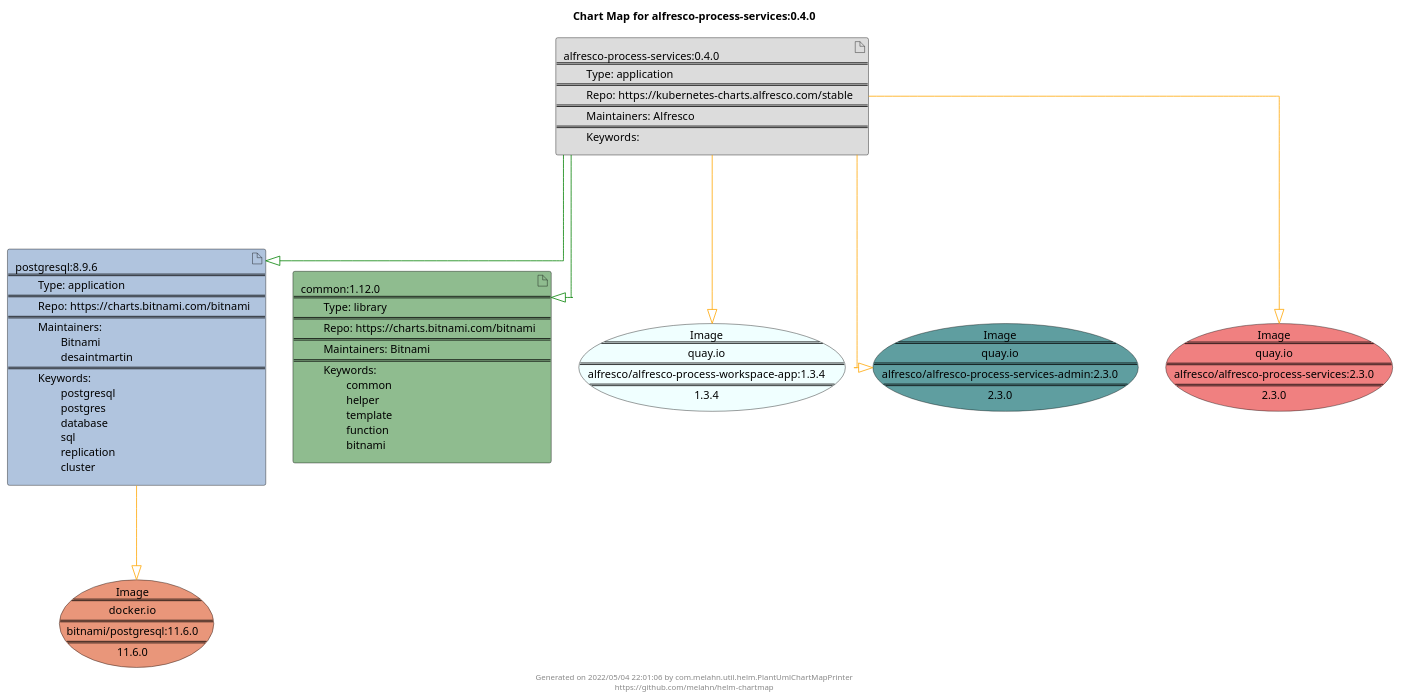
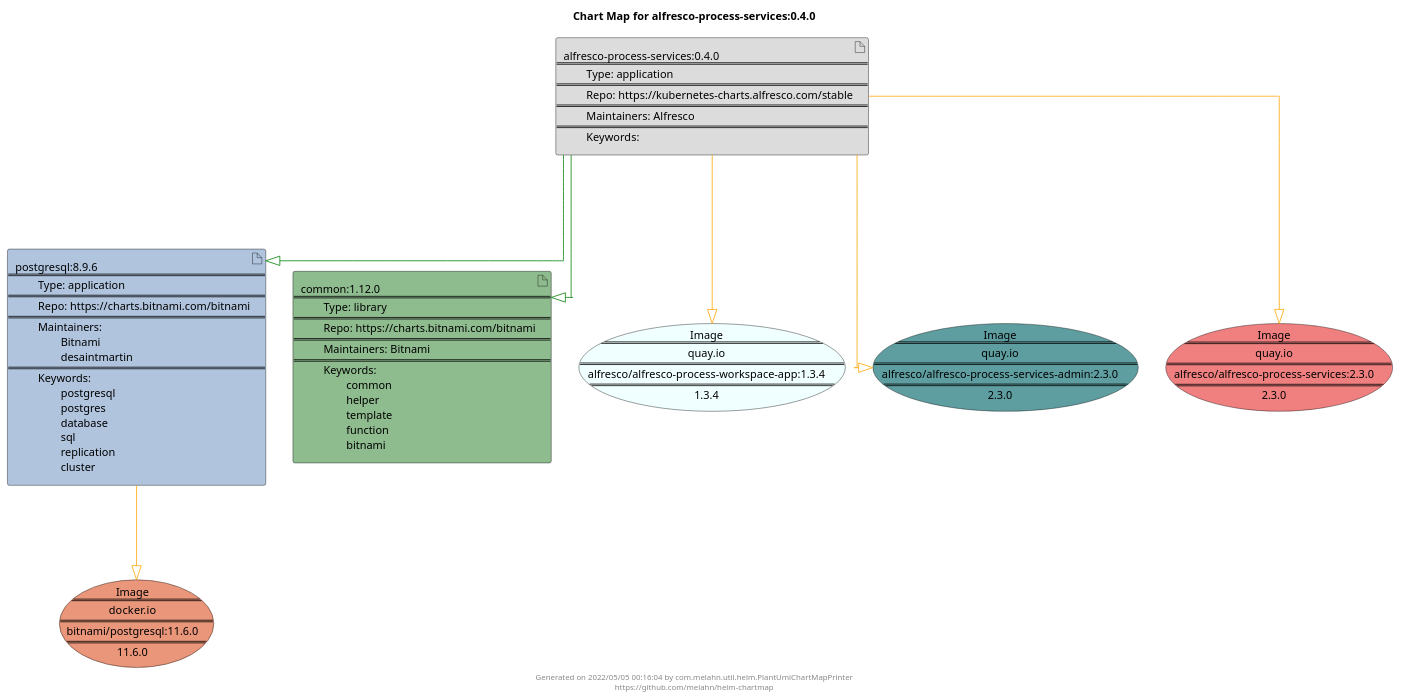
The diagram in docs/alfresco-process-services/alfresco-process-services-0.4.0.puml (melahn/helm-chartmap), drawn with PlantUML before and after one commit. The commit also changed 62 other files, not shown here.

Commit message:
Update Example Chart Maps as part of GitHub build

```diff
--- a/docs/alfresco-process-services/alfresco-process-services-0.4.0.puml
+++ b/docs/alfresco-process-services/alfresco-process-services-0.4.0.puml
@@ -1,31 +1,31 @@
 @startuml
 skinparam linetype ortho
 skinparam backgroundColor white
 skinparam usecaseBorderColor black
 skinparam usecaseArrowColor LightSlateGray
 skinparam artifactBorderColor black
 skinparam artifactArrowColor LightSlateGray
 
 title Chart Map for alfresco-process-services:0.4.0
 
 'There are 3 referenced Helm Charts
 artifact "alfresco-process-services:0.4.0\n====\n\tType: application\n====\n\tRepo: https://kubernetes-charts.alfresco.com/stable\n====\n\tMaintainers: Alfresco\n====\n\tKeywords: " as alfresco_process_services_0_4_0 #Gainsboro
 artifact "postgresql:8.9.6\n====\n\tType: application\n====\n\tRepo: https://charts.bitnami.com/bitnami\n====\n\tMaintainers: \n\t\tBitnami\n\t\tdesaintmartin\n====\n\tKeywords: \n\t\tpostgresql\n\t\tpostgres\n\t\tdatabase\n\t\tsql\n\t\treplication\n\t\tcluster" as postgresql_8_9_6 #LightSteelBlue
 artifact "common:1.12.0\n====\n\tType: library\n====\n\tRepo: https://charts.bitnami.com/bitnami\n====\n\tMaintainers: Bitnami\n====\n\tKeywords: \n\t\tcommon\n\t\thelper\n\t\ttemplate\n\t\tfunction\n\t\tbitnami" as common_1_12_0 #DarkSeaGreen
 
 'There are 4 referenced Docker Images
 usecase "Image\n====\nquay.io\n====\nalfresco/alfresco-process-workspace-app:1.3.4\n====\n1.3.4" as quay_io_alfresco_alfresco_process_workspace_app_1_3_4 #Azure
 usecase "Image\n====\nquay.io\n====\nalfresco/alfresco-process-services-admin:2.3.0\n====\n2.3.0" as quay_io_alfresco_alfresco_process_services_admin_2_3_0 #CadetBlue
 usecase "Image\n====\ndocker.io\n====\nbitnami/postgresql:11.6.0\n====\n11.6.0" as docker_io_bitnami_postgresql_11_6_0 #DarkSalmon
 usecase "Image\n====\nquay.io\n====\nalfresco/alfresco-process-services:2.3.0\n====\n2.3.0" as quay_io_alfresco_alfresco_process_services_2_3_0 #LightCoral
 
 'Chart Dependencies
 alfresco_process_services_0_4_0--[#green]-|>common_1_12_0
 alfresco_process_services_0_4_0--[#green]-|>postgresql_8_9_6
 alfresco_process_services_0_4_0--[#orange]-|>quay_io_alfresco_alfresco_process_services_admin_2_3_0
 alfresco_process_services_0_4_0--[#orange]-|>quay_io_alfresco_alfresco_process_workspace_app_1_3_4
 alfresco_process_services_0_4_0--[#orange]-|>quay_io_alfresco_alfresco_process_services_2_3_0
 postgresql_8_9_6--[#orange]-|>docker_io_bitnami_postgresql_11_6_0
 
-center footer Generated on 2022/05/04 22:01:06 by com.melahn.util.helm.PlantUmlChartMapPrinter\nhttps://github.com/melahn/helm-chartmap
+center footer Generated on 2022/05/05 00:16:04 by com.melahn.util.helm.PlantUmlChartMapPrinter\nhttps://github.com/melahn/helm-chartmap
 @enduml
```
